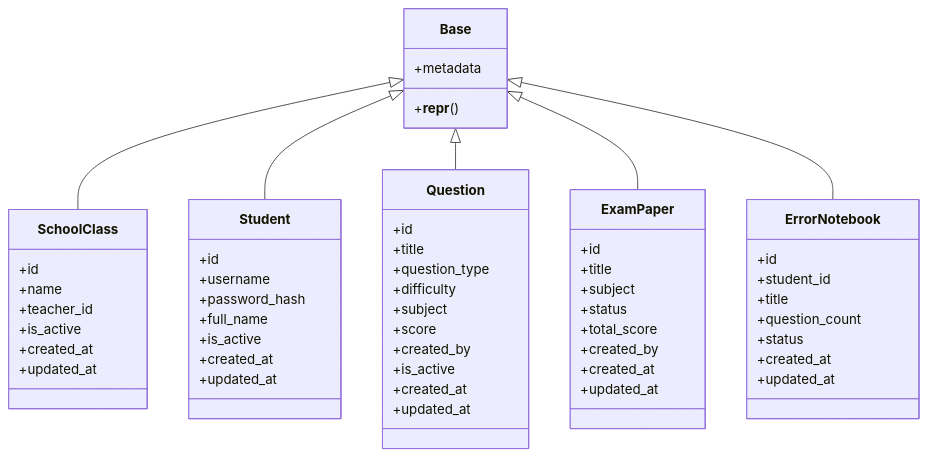
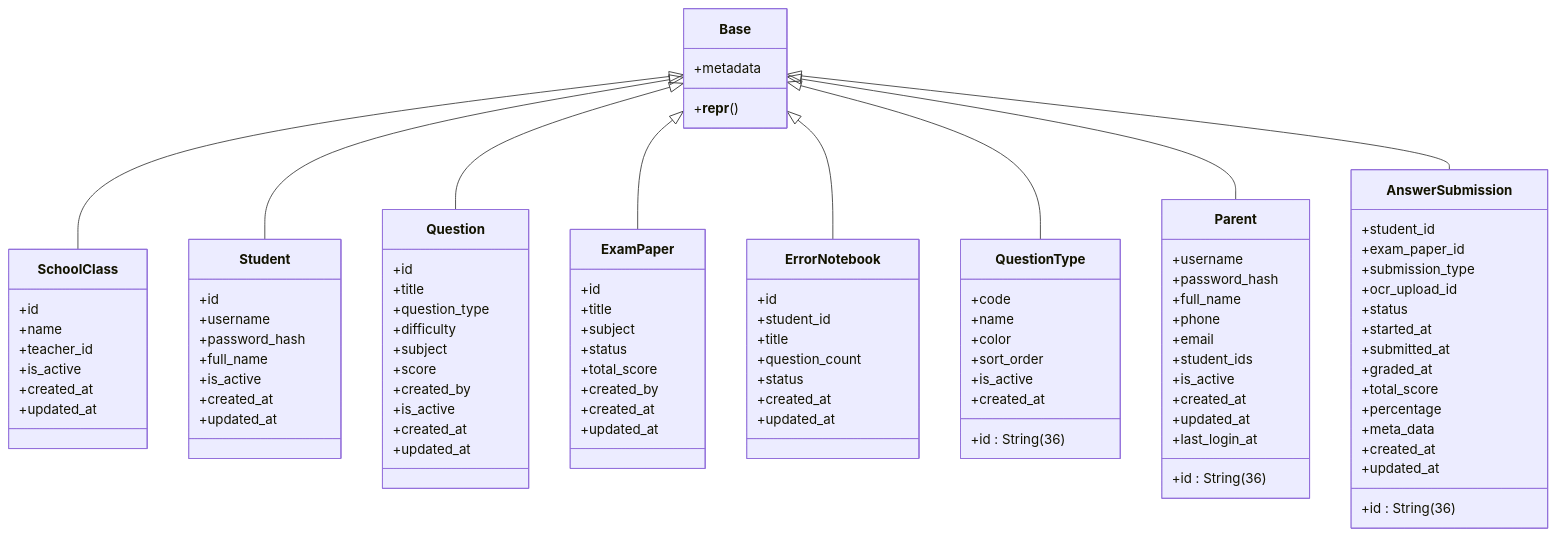
The fifth of 6 diagrams in .qoder/repowiki/zh/content/后端系统架构/数据库ORM设计.md (Miyuan2018/ruicheng-edu-system), drawn with Mermaid before and after one commit. The commit also changed other lines of this file and 6 other files, not shown here.

````diff
--- a/.qoder/repowiki/zh/content/后端系统架构/数据库ORM设计.md
+++ b/.qoder/repowiki/zh/content/后端系统架构/数据库ORM设计.md
@@ -340,9 +379,50 @@
 +created_at
 +updated_at
 }
+class QuestionType {
++id : String(36)
++code
++name
++color
++sort_order
++is_active
++created_at
+}
+class Parent {
++id : String(36)
++username
++password_hash
++full_name
++phone
++email
++student_ids
++is_active
++created_at
++updated_at
++last_login_at
+}
+class AnswerSubmission {
++id : String(36)
++student_id
++exam_paper_id
++submission_type
++ocr_upload_id
++status
++started_at
++submitted_at
++graded_at
++total_score
++percentage
++meta_data
++created_at
++updated_at
+}
 Base <|-- SchoolClass
 Base <|-- Student
 Base <|-- Question
 Base <|-- ExamPaper
 Base <|-- ErrorNotebook
+Base <|-- QuestionType
+Base <|-- Parent
+Base <|-- AnswerSubmission
 ```
````
